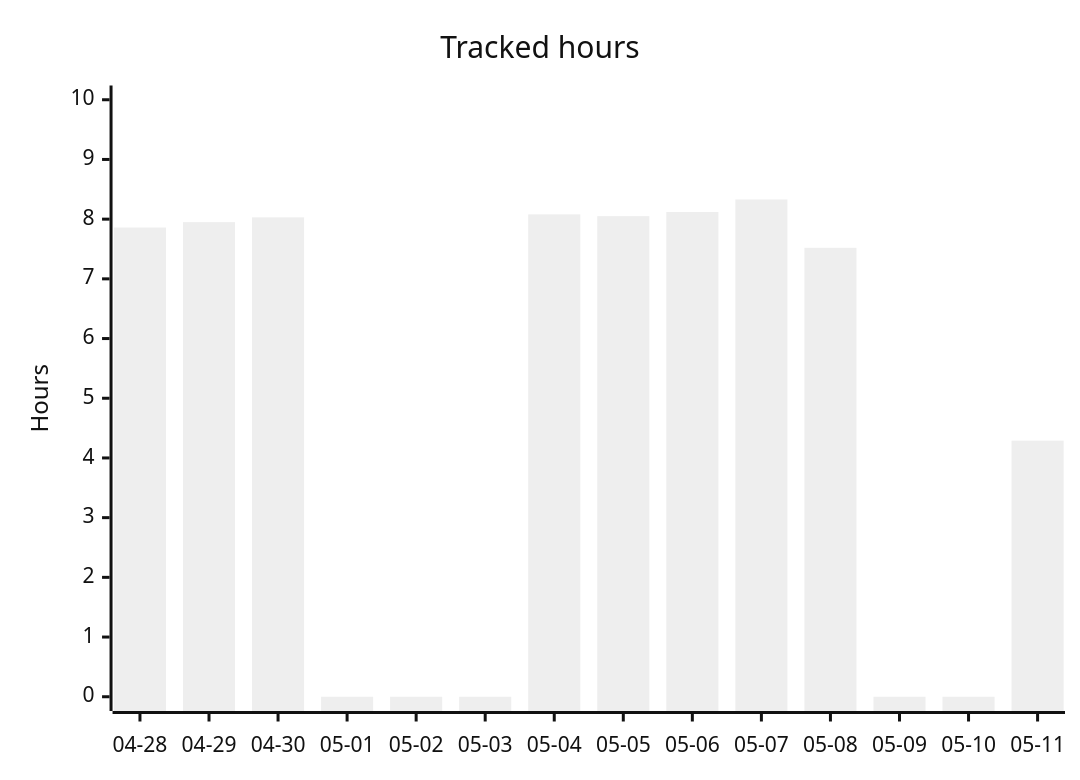
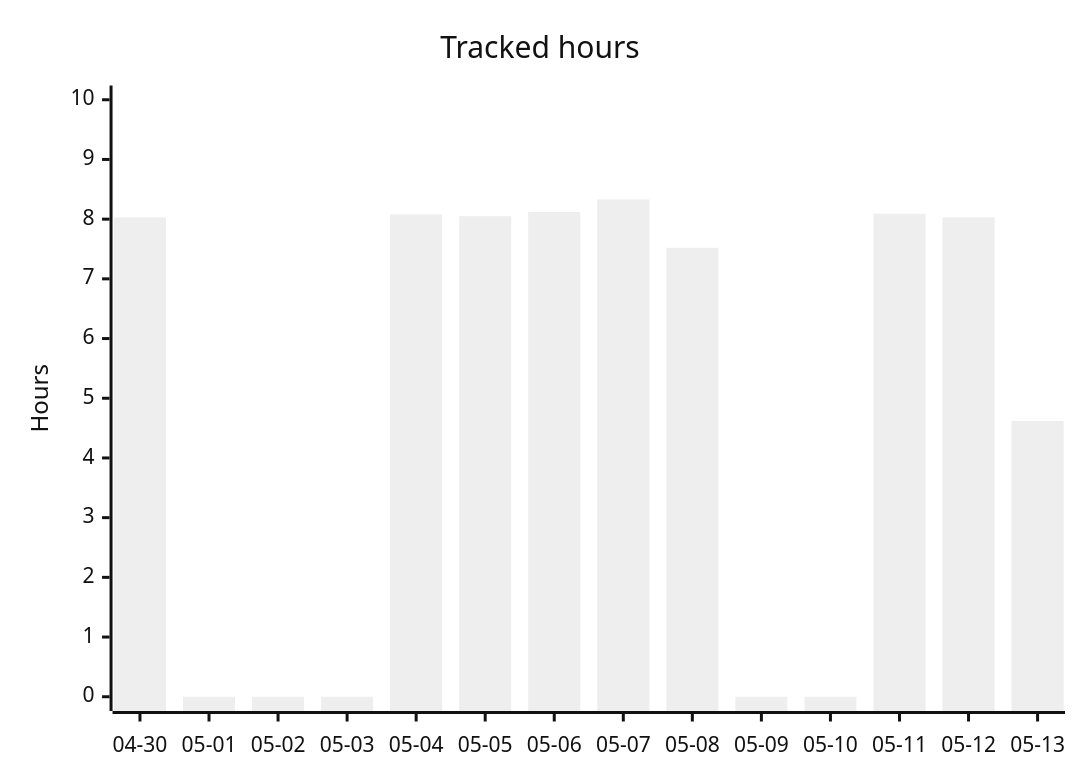
Before and after one commit to albinforsberg-netizen/timeclock: the second of 5 diagrams in README.org, drawn with Mermaid (neutral theme). The commit also changed other lines of this file, not shown here.

```diff
--- a/README.org
+++ b/README.org
@@ -86,7 +86,7 @@
 #+begin_src mermaid
 xychart-beta
     title "Tracked hours"
-    x-axis ["04-28", "04-29", "04-30", "05-01", "05-02", "05-03", "05-04", "05-05", "05-06", "05-07", "05-08", "05-09", "05-10", "05-11"]
+    x-axis ["04-30", "05-01", "05-02", "05-03", "05-04", "05-05", "05-06", "05-07", "05-08", "05-09", "05-10", "05-11", "05-12", "05-13"]
     y-axis "Hours" 0 --> 10
-    bar [7.86, 7.95, 8.03, 0.00, 0.00, 0.00, 8.08, 8.05, 8.12, 8.33, 7.52, 0.00, 0.00, 4.29]
+    bar [8.03, 0.00, 0.00, 0.00, 8.08, 8.05, 8.12, 8.33, 7.52, 0.00, 0.00, 8.09, 8.03, 4.62]
 #+end_src
```
